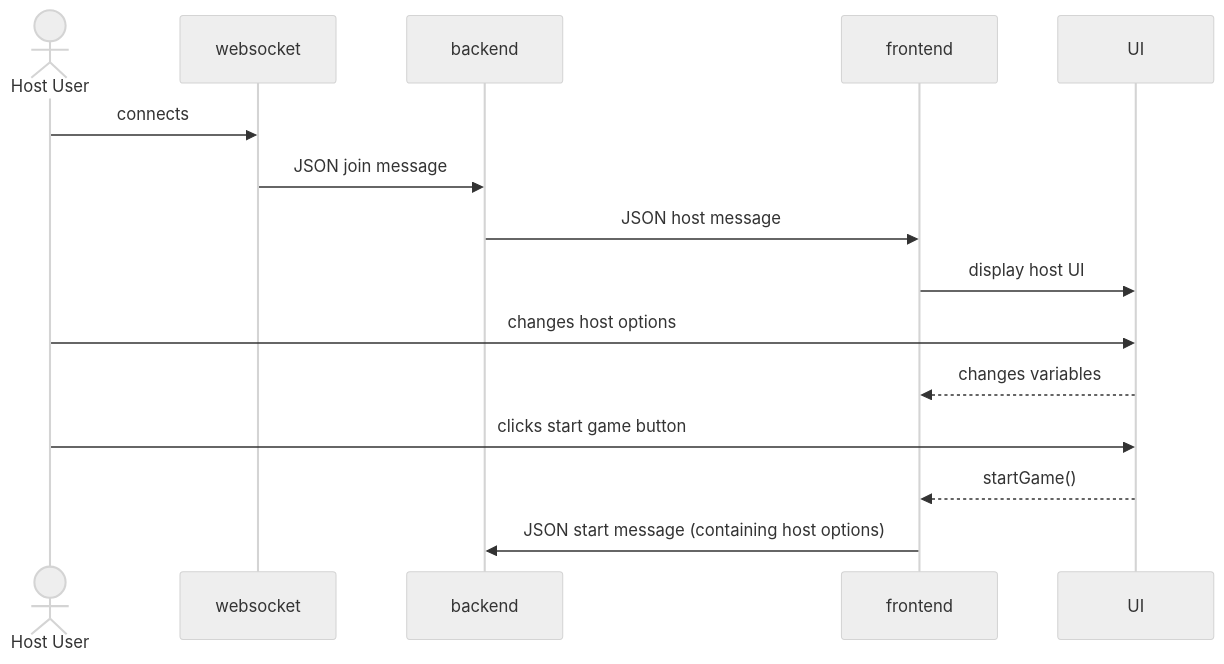
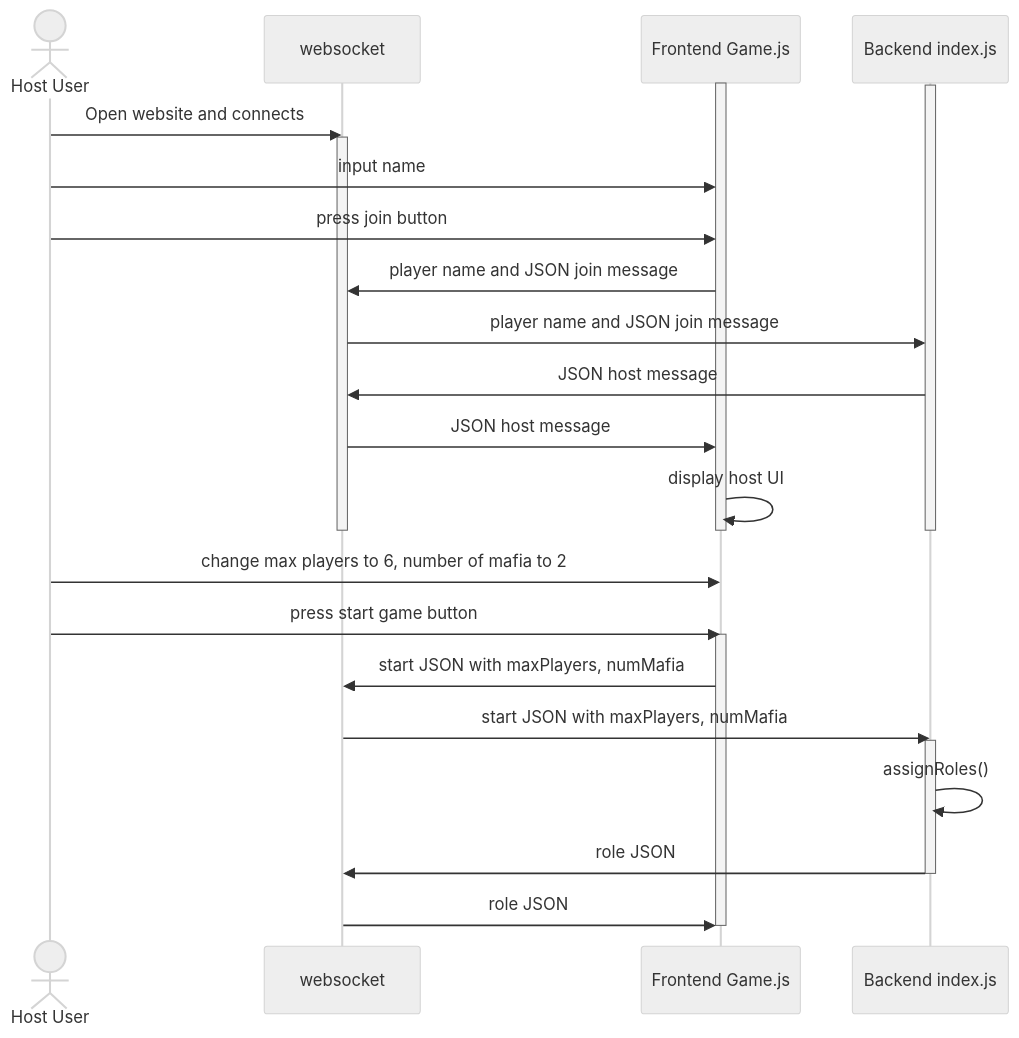
Before and after one commit to cis3296f24/cis3296f24-classroom-applebaum-final-projects-tu-cis-4398-docs-template: the second of 2 diagrams in README.md, drawn with Mermaid (neutral theme). The commit also changed other lines of this file, not shown here.

Commit message:
Update README.md
edited use case 2

````diff
--- a/README.md
+++ b/README.md
@@ -40,22 +40,36 @@
 ```mermaid
 
 sequenceDiagram
     actor Host User
     participant websocket
-    participant backend
-    participant frontend
-    participant UI
-
-    Host User ->> websocket: connects
-    websocket ->> backend: JSON join message
-    backend ->> frontend: JSON host message
-    frontend ->> UI: display host UI
-    Host User ->> UI: changes host options
-    UI -->> frontend: changes variables
-    Host User ->> UI: clicks start game button
-    UI -->> frontend: startGame()
-    frontend ->> backend: JSON start message (containing host options)
-
+    participant Frontend Game.js
+    participant Backend index.js
     
+    activate Frontend Game.js
+    activate Backend index.js
+    Host User ->> websocket: Open website and connects
+    activate websocket
+    
+    Host User ->> Frontend Game.js: input name
+    Host User ->> Frontend Game.js: press join button
+    Frontend Game.js ->> websocket: player name and JSON join message
+    websocket ->> Backend index.js: player name and JSON join message
+    Backend index.js ->> websocket: JSON host message
+    websocket ->> Frontend Game.js: JSON host message
+    Frontend Game.js ->> Frontend Game.js: display host UI
+    deactivate websocket
+    deactivate Frontend Game.js
+    deactivate Backend index.js
+    Host User ->> Frontend Game.js: change max players to 6, number of mafia to 2
+    Host User ->> Frontend Game.js: press start game button
+    activate Frontend Game.js
+    Frontend Game.js ->> websocket: start JSON with maxPlayers, numMafia
+    websocket ->> Backend index.js: start JSON with maxPlayers, numMafia
+    activate Backend index.js
+    Backend index.js ->> Backend index.js: assignRoles()
+    Backend index.js ->> websocket: role JSON
+    deactivate Backend index.js
+    websocket ->> Frontend Game.js: role JSON
+    deactivate Frontend Game.js
 
 ```
````
